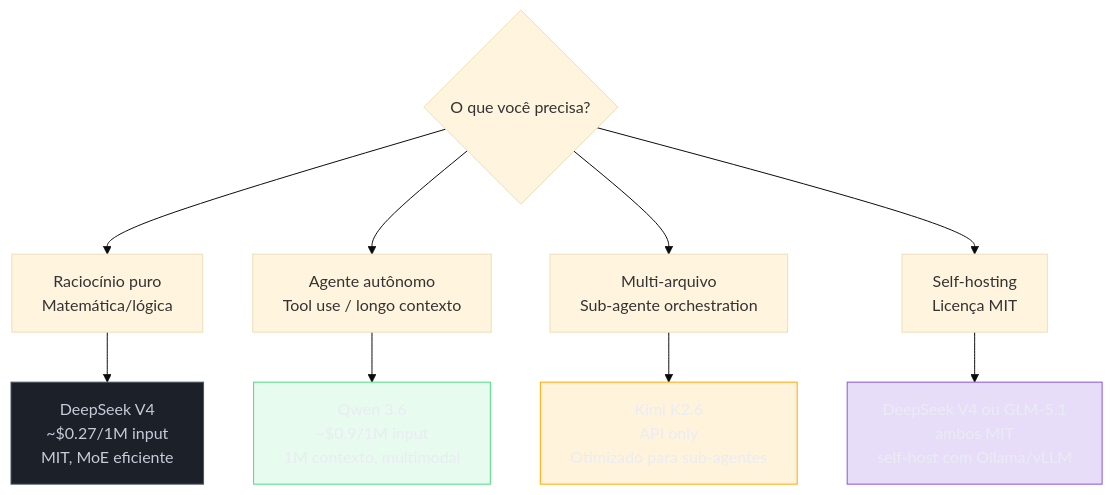
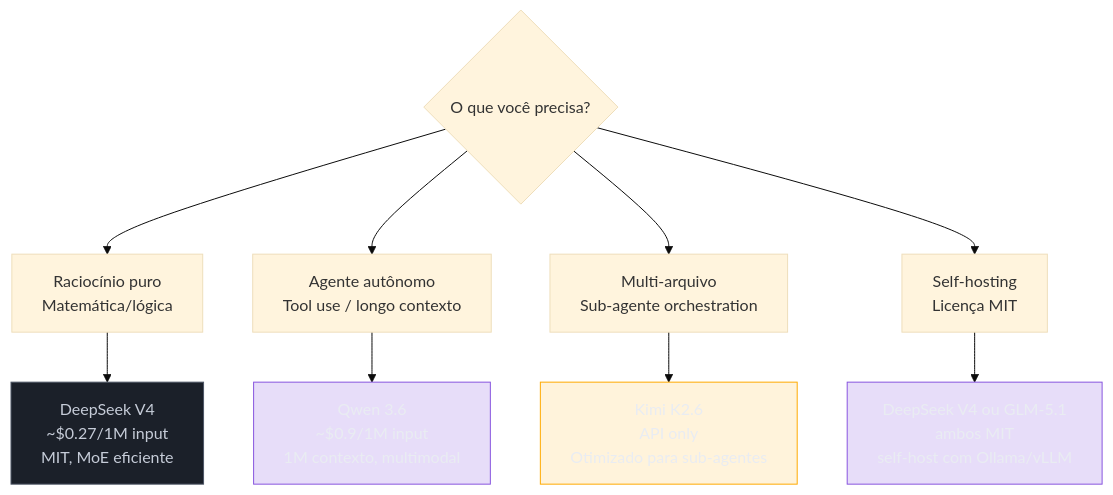
One commit to josenaldo/codex-technomanticus changed the second of 2 diagrams in 03-Dominios/Tecnologia/IA/Anatomia dos LLMs/08 - Modelos chineses — DeepSeek, Qwen, Kimi, GLM.md. Above: the diagram before and after it, drawn with Mermaid (base theme). The commit also changed 601 other files, not shown here.

````diff
--- a/03-Dominios/Tecnologia/IA/Anatomia dos LLMs/08 - Modelos chineses — DeepSeek, Qwen, Kimi, GLM.md
+++ b/03-Dominios/Tecnologia/IA/Anatomia dos LLMs/08 - Modelos chineses — DeepSeek, Qwen, Kimi, GLM.md
@@ -151,21 +151,20 @@
 ```mermaid
 graph TD
     classDef neutro fill:#1B2029,stroke:#4E5666,color:#C6CCD8
-    classDef ok fill:#4ADE8021,stroke:#4ADE80,color:#E9ECF2
     classDef destaque fill:#FFAA0024,stroke:#FFAA00,color:#E9ECF2
     classDef marca fill:#8855DF33,stroke:#8855DF,color:#E9ECF2
     A{O que você precisa?} --> B[Raciocínio puro\nMatemática/lógica]
     A --> C[Agente autônomo\nTool use / longo contexto]
     A --> D[Multi-arquivo\nSub-agente orchestration]
     A --> E[Self-hosting\nLicença MIT]
 
     B --> F["DeepSeek V4\n~$0.27/1M input\nMIT, MoE eficiente"]
     C --> G["Qwen 3.6\n~$0.9/1M input\n1M contexto, multimodal"]
     D --> H["Kimi K2.6\nAPI only\nOtimizado para sub-agentes"]
     E --> I["DeepSeek V4 ou GLM-5.1\nambos MIT\nself-host com Ollama/vLLM"]
 
     class F neutro
-    class G ok
+    class G marca
     class H destaque
     class I marca
 ```
````
